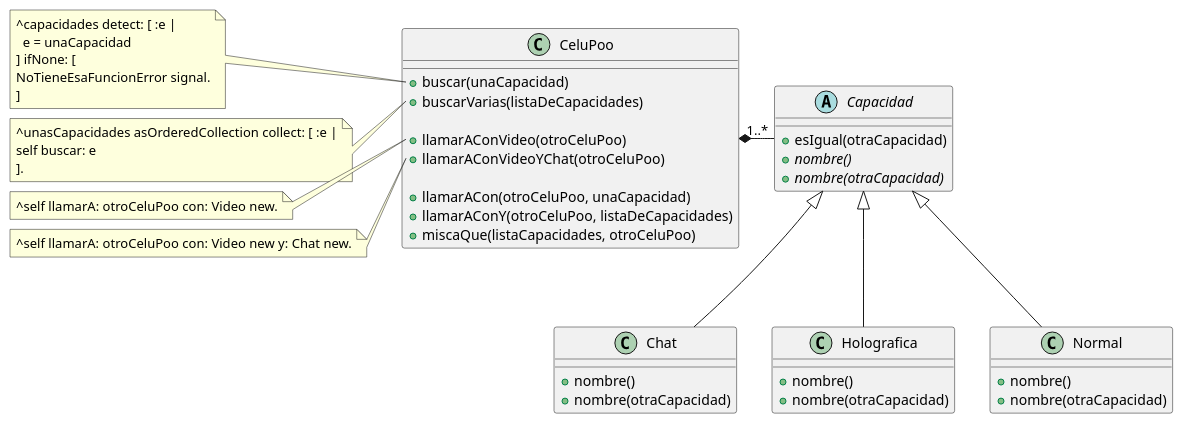
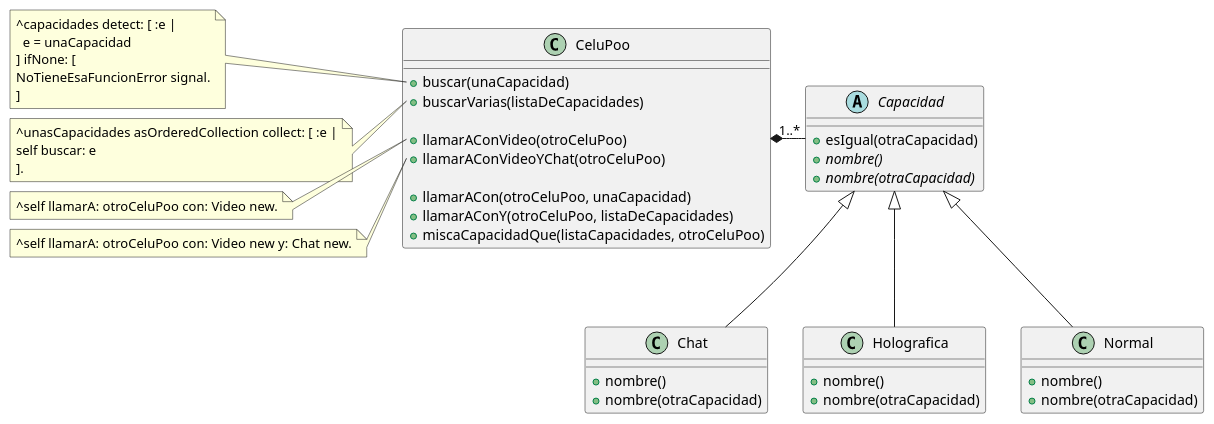
The diagram in parciales/2021-12-14/posibleSolucion/dc.plantuml (fiuba/algo3_parciales), drawn with PlantUML before and after one commit. The commit also changed 4 other files, not shown here.

Commit message:
Dividiendo los diagramas

```diff
--- a/parciales/2021-12-14/posibleSolucion/dc.plantuml
+++ b/parciales/2021-12-14/posibleSolucion/dc.plantuml
@@ -1,68 +1,68 @@
 @startuml
 
 abstract class Capacidad {
 
         + esIgual(otraCapacidad)
         
         + {abstract} nombre()
         + {abstract} nombre(otraCapacidad)
 }
 
 class Chat {
         + nombre()
         + nombre(otraCapacidad)
 }
 
 class Holografica {
         + nombre()
         + nombre(otraCapacidad)
 }
 
 class Normal {
         + nombre()
         + nombre(otraCapacidad)
 }
 
 class CeluPoo {
         
 
         + buscar(unaCapacidad)
         + buscarVarias(listaDeCapacidades)
         
         + llamarAConVideo(otroCeluPoo)
         + llamarAConVideoYChat(otroCeluPoo)
         
         + llamarACon(otroCeluPoo, unaCapacidad)
         + llamarAConY(otroCeluPoo, listaDeCapacidades)
-        + miscaQue(listaCapacidades, otroCeluPoo)
+        + miscaCapacidadQue(listaCapacidades, otroCeluPoo)
 }
 
 note left of CeluPoo::buscar
 ^capacidades detect: [ :e |
   e = unaCapacidad
 ] ifNone: [
 NoTieneEsaFuncionError signal.
 ] 
 end note
 
 note left of CeluPoo::buscarVarias
 ^unasCapacidades asOrderedCollection collect: [ :e |
 self buscar: e
 ].
 end note
 
 note left of CeluPoo::llamarAConVideo
 ^self llamarA: otroCeluPoo con: Video new.
 end note
 
 note left of CeluPoo::llamarAConVideoYChat
 ^self llamarA: otroCeluPoo con: Video new y: Chat new.
 end note
 
 CeluPoo *- "1..*" Capacidad
 
 Capacidad <|-- Chat
 Capacidad <|-- Holografica
 Capacidad <|-- Normal
 
 @enduml
```
